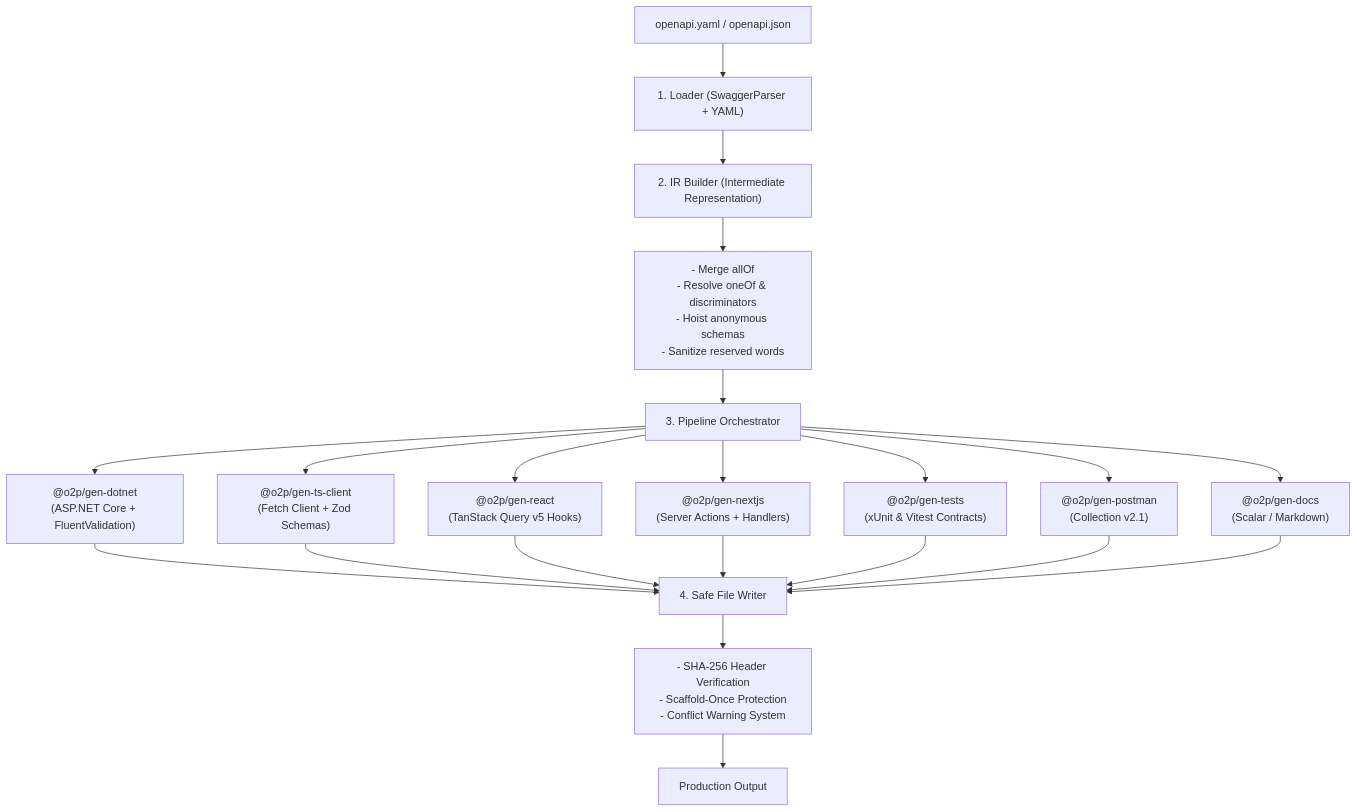
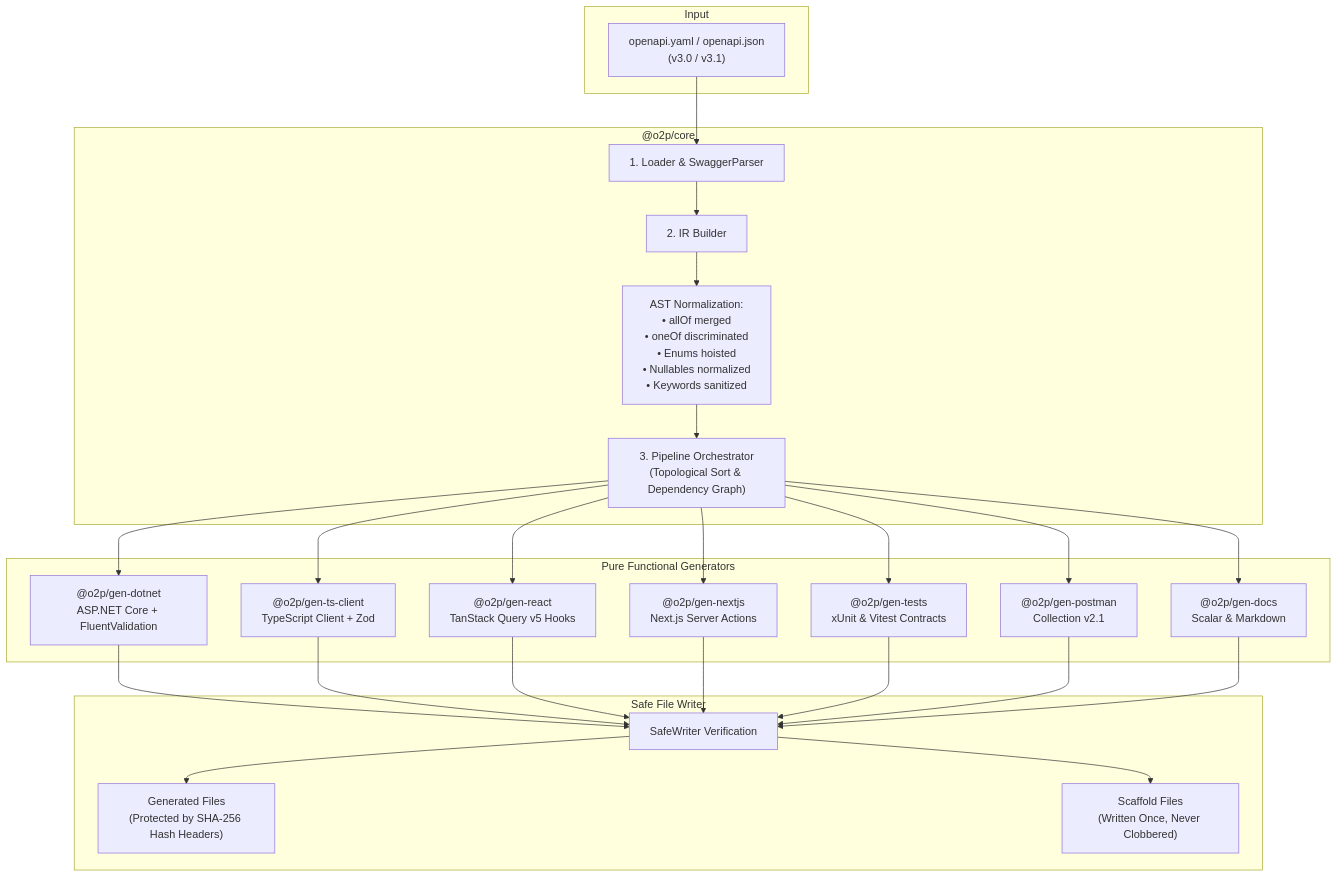
The diagram in README.md (almas-codes/openapi-to-production), drawn with Mermaid before and after one commit. The commit also changed other lines of this file, not shown here.

Commit message:
docs: elevate README with comprehensive architecture, safe regeneration model, and full-stack breakdown

````diff
--- a/README.md
+++ b/README.md
@@ -91,17 +334,30 @@
 ```mermaid
 flowchart TD
-    A["openapi.yaml / openapi.json"] --> B["1. Loader (SwaggerParser + YAML)"]
-    B --> C["2. IR Builder (Intermediate Representation)"]
-    C --> D["- Merge allOf<br>- Resolve oneOf & discriminators<br>- Hoist anonymous schemas<br>- Sanitize reserved words"]
-    D --> E["3. Pipeline Orchestrator"]
-    E --> F["@o2p/gen-dotnet<br>(ASP.NET Core + FluentValidation)"]
-    E --> G["@o2p/gen-ts-client<br>(Fetch Client + Zod Schemas)"]
-    E --> H["@o2p/gen-react<br>(TanStack Query v5 Hooks)"]
-    E --> I["@o2p/gen-nextjs<br>(Server Actions + Handlers)"]
-    E --> J["@o2p/gen-tests<br>(xUnit & Vitest Contracts)"]
-    E --> K["@o2p/gen-postman<br>(Collection v2.1)"]
-    E --> L["@o2p/gen-docs<br>(Scalar / Markdown)"]
-    F & G & H & I & J & K & L --> M["4. Safe File Writer"]
-    M --> N["- SHA-256 Header Verification<br>- Scaffold-Once Protection<br>- Conflict Warning System"]
-    N --> O["Production Output"]
+    subgraph Input
+        A["openapi.yaml / openapi.json<br>(v3.0 / v3.1)"]
+    end
+
+    subgraph Core Engine ["@o2p/core"]
+        B["1. Loader & SwaggerParser"] --> C["2. IR Builder"]
+        C --> D["AST Normalization:<br>• allOf merged<br>• oneOf discriminated<br>• Enums hoisted<br>• Nullables normalized<br>• Keywords sanitized"]
+        D --> E["3. Pipeline Orchestrator<br>(Topological Sort & Dependency Graph)"]
+    end
+
+    subgraph Generators ["Pure Functional Generators"]
+        E --> G1["@o2p/gen-dotnet<br>ASP.NET Core + FluentValidation"]
+        E --> G2["@o2p/gen-ts-client<br>TypeScript Client + Zod"]
+        E --> G3["@o2p/gen-react<br>TanStack Query v5 Hooks"]
+        E --> G4["@o2p/gen-nextjs<br>Next.js Server Actions"]
+        E --> G5["@o2p/gen-tests<br>xUnit & Vitest Contracts"]
+        E --> G6["@o2p/gen-postman<br>Collection v2.1"]
+        E --> G7["@o2p/gen-docs<br>Scalar & Markdown"]
+    end
+
+    subgraph Output Engine ["Safe File Writer"]
+        G1 & G2 & G3 & G4 & G5 & G6 & G7 --> W["SafeWriter Verification"]
+        W --> H1["Generated Files<br>(Protected by SHA-256 Hash Headers)"]
+        W --> H2["Scaffold Files<br>(Written Once, Never Clobbered)"]
+    end
+
+    A --> B
 ```
````
